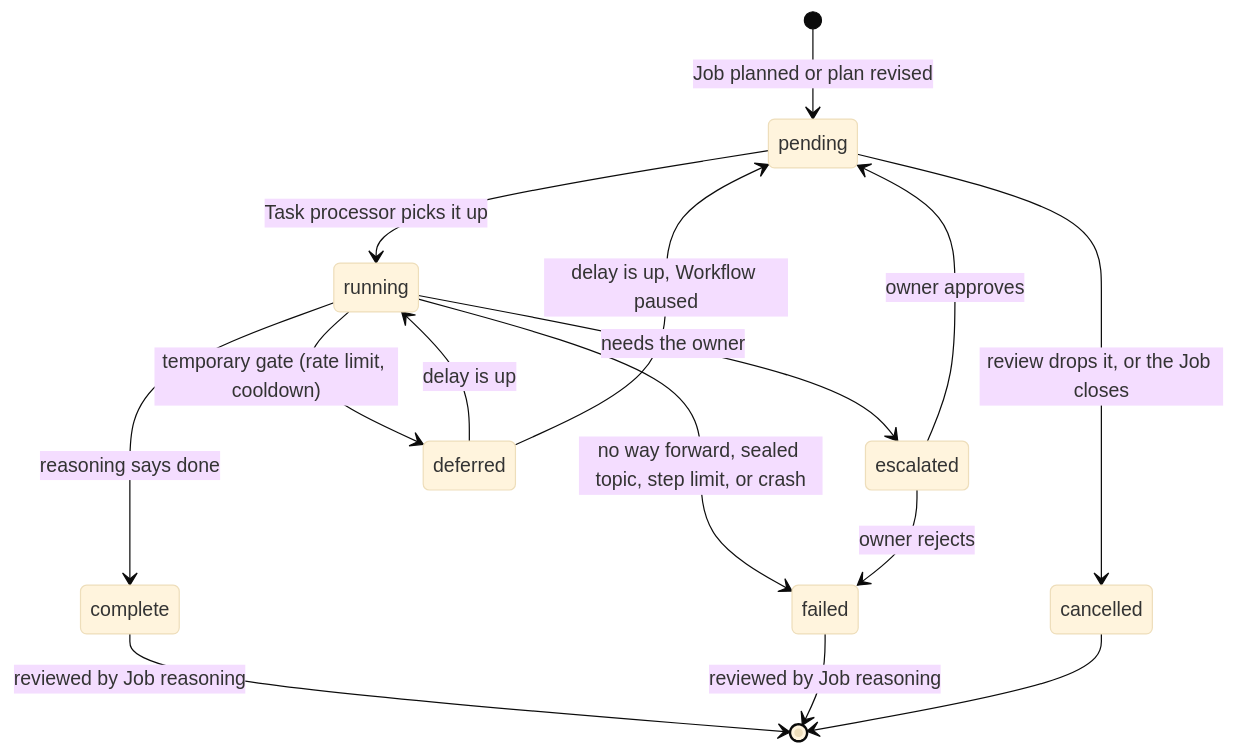
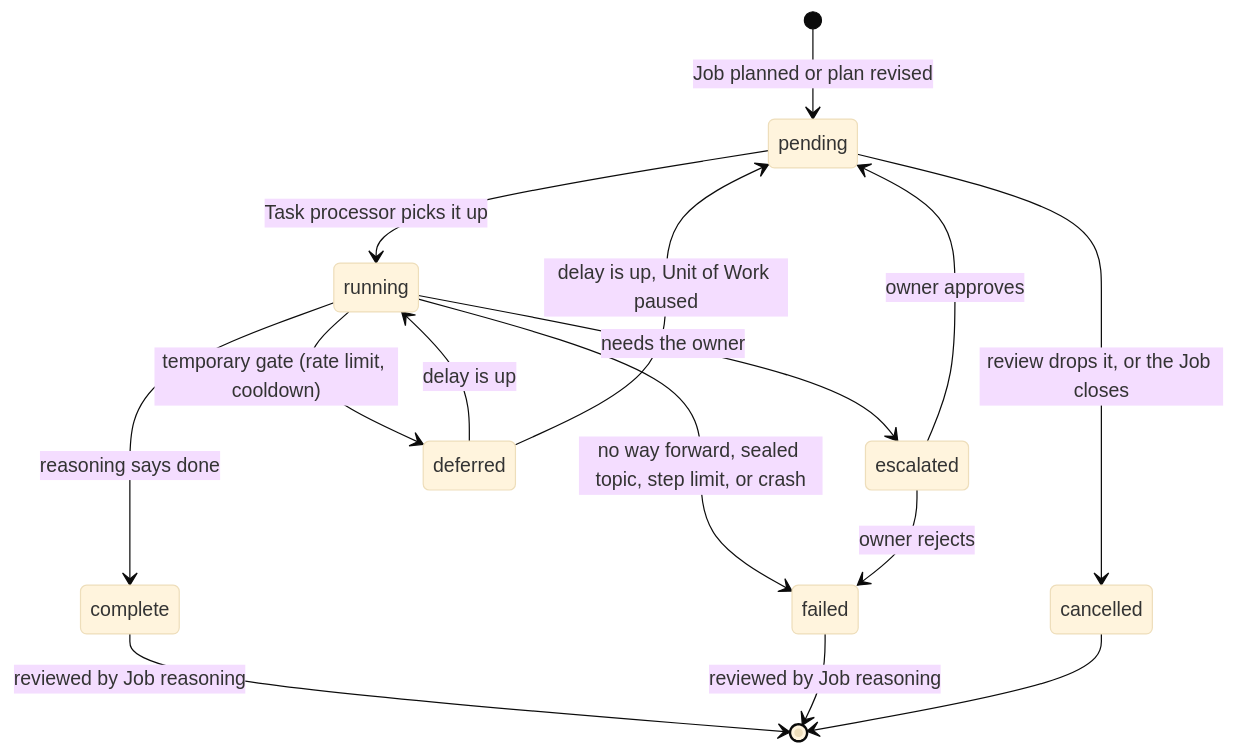
One commit to BaraaSoft/agentcores changed the second of 5 diagrams in packages/backend/src/governance/processors/tech-spec.md. Above: the diagram before and after it, drawn with Mermaid (base theme). The commit also changed other lines of this file and 37 other files, not shown here.

First line of the commit message:
Add UnitOfWorkState and enhance governance structure for job processing

````diff
--- a/packages/backend/src/governance/processors/tech-spec.md
+++ b/packages/backend/src/governance/processors/tech-spec.md
@@ -133,17 +133,17 @@
 ```mermaid
 stateDiagram-v2
     [*] --> pending: Job planned or plan revised
     pending --> running: Task processor picks it up
     pending --> cancelled: review drops it, or the Job closes
     running --> complete: reasoning says done
     running --> failed: no way forward, sealed topic, step limit, or crash
     running --> escalated: needs the owner
     running --> deferred: temporary gate (rate limit, cooldown)
     deferred --> running: delay is up
-    deferred --> pending: delay is up, Workflow paused
+    deferred --> pending: delay is up, Unit of Work paused
     escalated --> pending: owner approves
     escalated --> failed: owner rejects
     complete --> [*]: reviewed by Job reasoning
     failed --> [*]: reviewed by Job reasoning
     cancelled --> [*]
 ```
````
